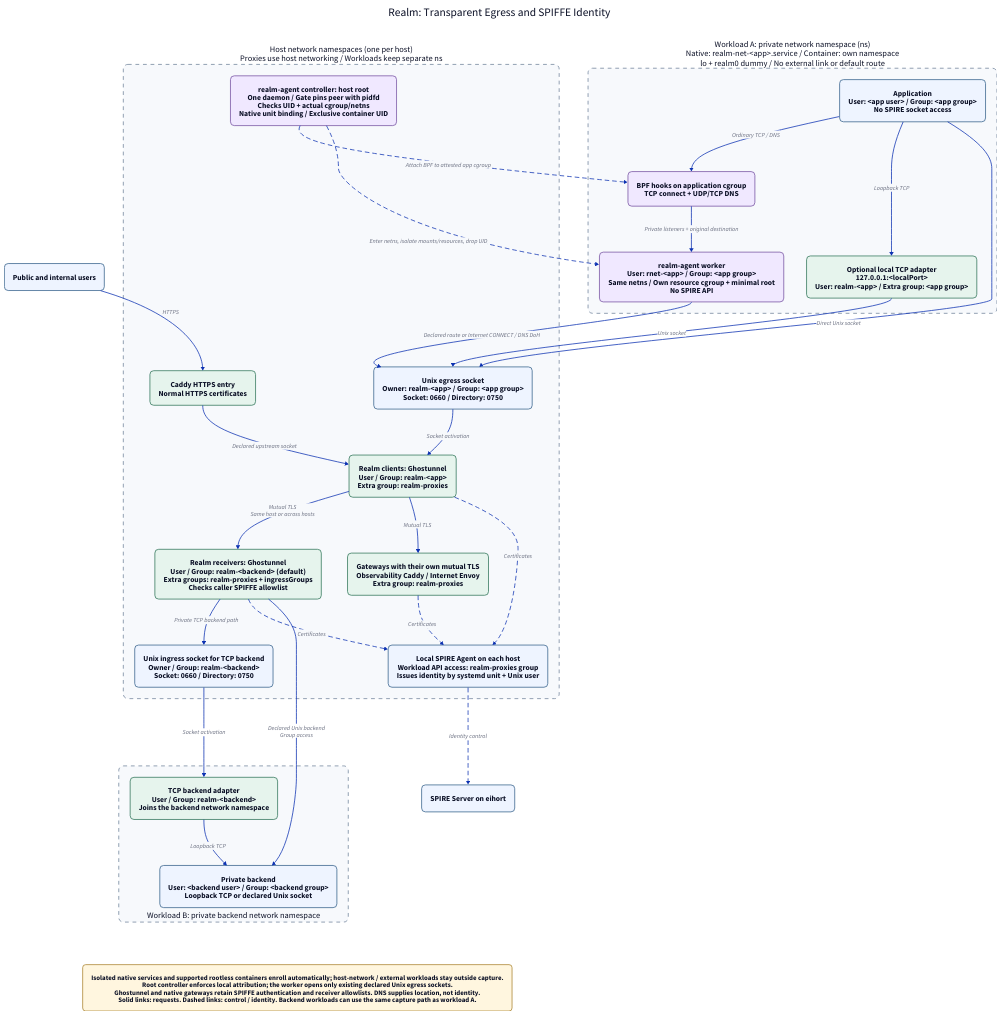
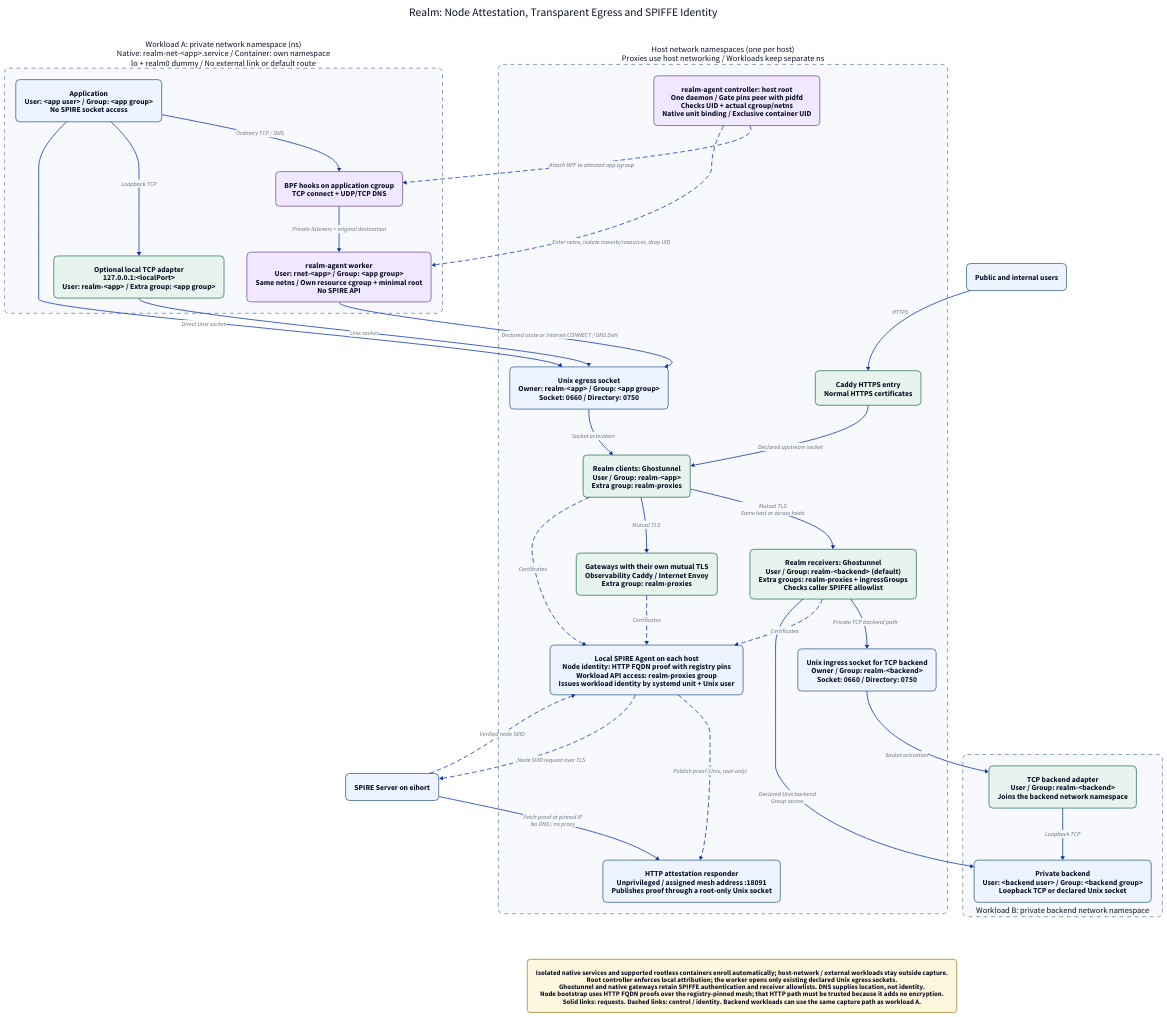
Before and after one commit to oluceps/nixos-config: the diagram in layout/realm-overview.d2, drawn with D2. The commit also changed 5 other files, not shown here.

```diff
--- a/layout/realm-overview.d2
+++ b/layout/realm-overview.d2
@@ -1,68 +1,72 @@
 direction: down
 vars: { d2-config: { theme-id: 0 } }
 classes: {
   node: { style: { fill: "#eef4ff"; stroke: "#37628b"; border-radius: 10; font-size: 20 } }
   gateway: { style: { fill: "#e6f4ed"; stroke: "#31765b"; border-radius: 10; font-size: 20 } }
   agent: { style: { fill: "#f0e8ff"; stroke: "#7652a2"; border-radius: 10; font-size: 20 } }
   note: { style: { fill: "#fff6df"; stroke: "#aa8330"; border-radius: 8; font-size: 18 } }
   namespace: { style: { fill: "#f7f9fc"; stroke: "#71839b"; stroke-dash: 5; border-radius: 12; font-size: 22 } }
 }
-title: "Realm: Transparent Egress and SPIFFE Identity" { shape: text; style.font-size: 30 }
+title: "Realm: Node Attestation, Transparent Egress and SPIFFE Identity" { shape: text; style.font-size: 30 }
 users: "Public and internal users" { class: node }
 
 app_ns: "Workload A: private network namespace (ns)\nNative: realm-net-<app>.service / Container: own namespace\nlo + realm0 dummy / No external link or default route" {
   class: namespace
   app: "Application\nUser: <app user> / Group: <app group>\nNo SPIRE socket access" { class: node }
   capture: "BPF hooks on application cgroup\nTCP connect + UDP/TCP DNS" { class: agent }
   worker: "realm-agent worker\nUser: rnet-<app> / Group: <app group>\nSame netns / Own resource cgroup + minimal root\nNo SPIRE API" { class: agent }
   app -> capture: "Ordinary TCP / DNS"
   capture -> worker: "Private listeners + original destination"
   adapter: "Optional local TCP adapter\n127.0.0.1:<localPort>\nUser: realm-<app> / Extra group: <app group>" { class: gateway }
   app -> adapter: "Loopback TCP"
 }
 
 host_ns: "Host network namespaces (one per host)\nProxies use host networking / Workloads keep separate ns" {
   class: namespace
   caddy: "Caddy HTTPS entry\nNormal HTTPS certificates" { class: gateway }
   egress: "Unix egress socket\nOwner: realm-<app> / Group: <app group>\nSocket: 0660 / Directory: 0750" { class: node }
   clients: "Realm clients: Ghostunnel\nUser / Group: realm-<app>\nExtra group: realm-proxies" { class: gateway }
   receivers: "Realm receivers: Ghostunnel\nUser / Group: realm-<backend> (default)\nExtra groups: realm-proxies + ingressGroups\nChecks caller SPIFFE allowlist" { class: gateway }
   ingress: "Unix ingress socket for TCP backend\nOwner / Group: realm-<backend>\nSocket: 0660 / Directory: 0750" { class: node }
   native: "Gateways with their own mutual TLS\nObservability Caddy / Internet Envoy\nExtra group: realm-proxies" { class: gateway }
   controller: "realm-agent controller: host root\nOne daemon / Gate pins peer with pidfd\nChecks UID + actual cgroup/netns\nNative unit binding / Exclusive container UID" { class: agent }
-  agent: "Local SPIRE Agent on each host\nWorkload API access: realm-proxies group\nIssues identity by systemd unit + Unix user" { class: node }
+  agent: "Local SPIRE Agent on each host\nNode identity: HTTP FQDN proof with registry pins\nWorkload API access: realm-proxies group\nIssues workload identity by systemd unit + Unix user" { class: node }
+  responder: "HTTP attestation responder\nUnprivileged / assigned mesh address :18091\nPublishes proof through a root-only Unix socket" { class: node }
   caddy -> clients: "Declared upstream socket"
   egress -> clients: "Socket activation"
   clients -> receivers: "Mutual TLS\nSame host or across hosts"
   receivers -> ingress: "Private TCP backend path"
   clients -> native: "Mutual TLS"
   clients -> agent: "Certificates" { style.stroke-dash: 5 }
   receivers -> agent: "Certificates" { style.stroke-dash: 5 }
   native -> agent: "Certificates" { style.stroke-dash: 5 }
+  agent -> responder: "Publish proof (Unix, root-only)" { style.stroke-dash: 5 }
 }
 
 backend_ns: "Workload B: private backend network namespace" {
   class: namespace
   label.near: bottom-center
   adapter: "TCP backend adapter\nUser / Group: realm-<backend>\nJoins the backend network namespace" { class: gateway }
   backend: "Private backend\nUser: <backend user> / Group: <backend group>\nLoopback TCP or declared Unix socket" { class: node }
   adapter -> backend: "Loopback TCP"
 }
 server: "SPIRE Server on eihort" { class: node }
 
 users -> host_ns.caddy: "HTTPS"
 app_ns.app -> host_ns.egress: "Direct Unix socket"
 app_ns.adapter -> host_ns.egress: "Unix socket"
 app_ns.worker -> host_ns.egress: "Declared route or Internet CONNECT / DNS DoH"
 host_ns.controller -> app_ns.capture: "Attach BPF to attested app cgroup" { style.stroke-dash: 5 }
 host_ns.controller -> app_ns.worker: "Enter netns, isolate mounts/resources, drop UID" { style.stroke-dash: 5 }
 host_ns.ingress -> backend_ns.adapter: "Socket activation"
 host_ns.receivers -> backend_ns.backend: "Declared Unix backend\nGroup access"
-host_ns.agent -> server: "Identity control" { style.stroke-dash: 5 }
+host_ns.agent -> server: "Node SVID request over TLS" { style.stroke-dash: 5 }
+server -> host_ns.responder: "Fetch proof at pinned IP\nNo DNS / no proxy"
+server -> host_ns.agent: "Verified node SVID" { style.stroke-dash: 5 }
 
-note: "Isolated native services and supported rootless containers enroll automatically; host-network / external workloads stay outside capture.\nRoot controller enforces local attribution; the worker opens only existing declared Unix egress sockets.\nGhostunnel and native gateways retain SPIFFE authentication and receiver allowlists. DNS supplies location, not identity.\nSolid links: requests. Dashed links: control / identity. Backend workloads can use the same capture path as workload A." { class: note }
+note: "Isolated native services and supported rootless containers enroll automatically; host-network / external workloads stay outside capture.\nRoot controller enforces local attribution; the worker opens only existing declared Unix egress sockets.\nGhostunnel and native gateways retain SPIFFE authentication and receiver allowlists. DNS supplies location, not identity.\nNode bootstrap uses HTTP FQDN proofs over the registry-pinned mesh; that HTTP path must be trusted because it adds no encryption.\nSolid links: requests. Dashed links: control / identity. Backend workloads can use the same capture path as workload A." { class: note }
 # Invisible edges arrange the title and note.
 title -> users: { style.opacity: 0 }
 title -> app_ns: { style.opacity: 0 }
 backend_ns -> note: { style.opacity: 0 }
 server -> note: { style.opacity: 0 }
```
